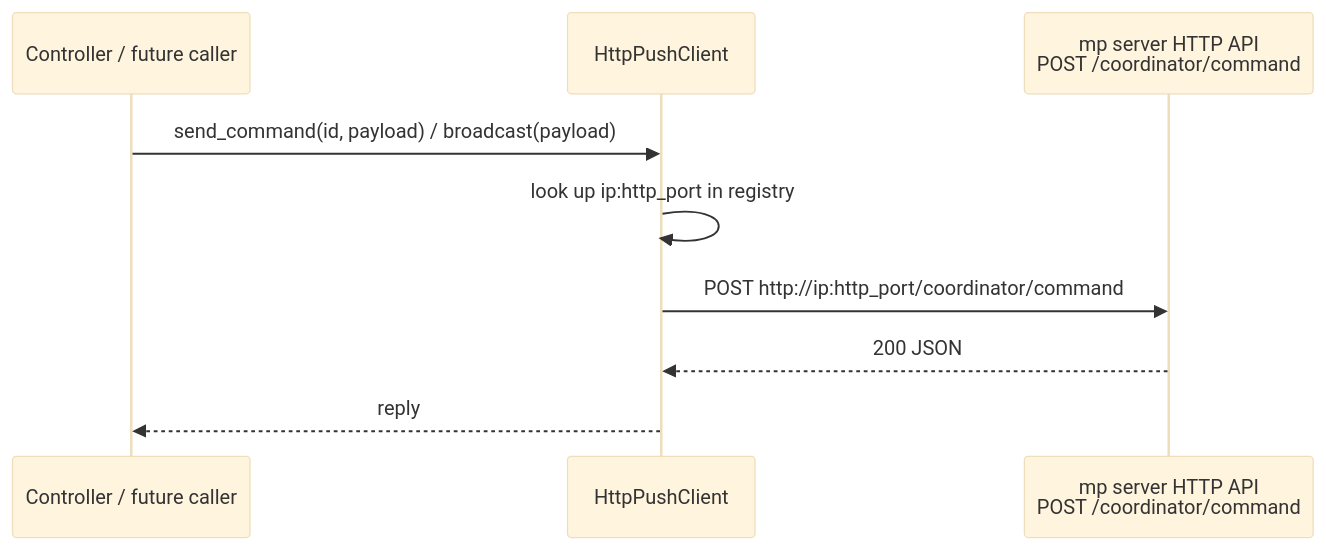
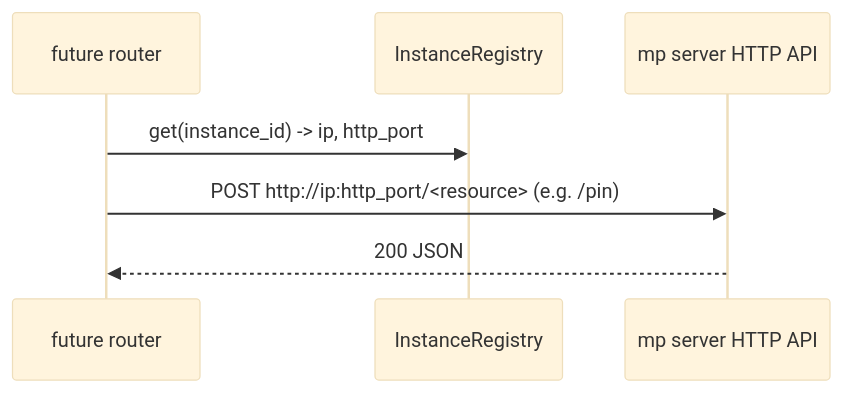
Before and after one commit to LMCache/LMCache: the second of 2 diagrams in docs/design/v1/mp_coordinator/README.md, drawn with Mermaid (base theme). The commit also changed other lines of this file and 5 other files, not shown here.

Commit message:
feat: remove push client

````diff
--- a/docs/design/v1/mp_coordinator/README.md
+++ b/docs/design/v1/mp_coordinator/README.md
@@ -73,12 +74,10 @@
 ```mermaid
 sequenceDiagram
-    participant Ctl as Controller / future caller
-    participant P as HttpPushClient
-    participant M as mp server HTTP API<br/>POST /coordinator/command
+    participant Ctl as future router
+    participant Reg as InstanceRegistry
+    participant M as mp server HTTP API
 
-    Ctl->>P: send_command(id, payload) / broadcast(payload)
-    P->>P: look up ip:http_port in registry
-    P->>M: POST http://ip:http_port/coordinator/command
-    M-->>P: 200 JSON
-    P-->>Ctl: reply
+    Ctl->>Reg: get(instance_id) -> ip, http_port
+    Ctl->>M: POST http://ip:http_port/<resource> (e.g. /pin)
+    M-->>Ctl: 200 JSON
 ```
````
